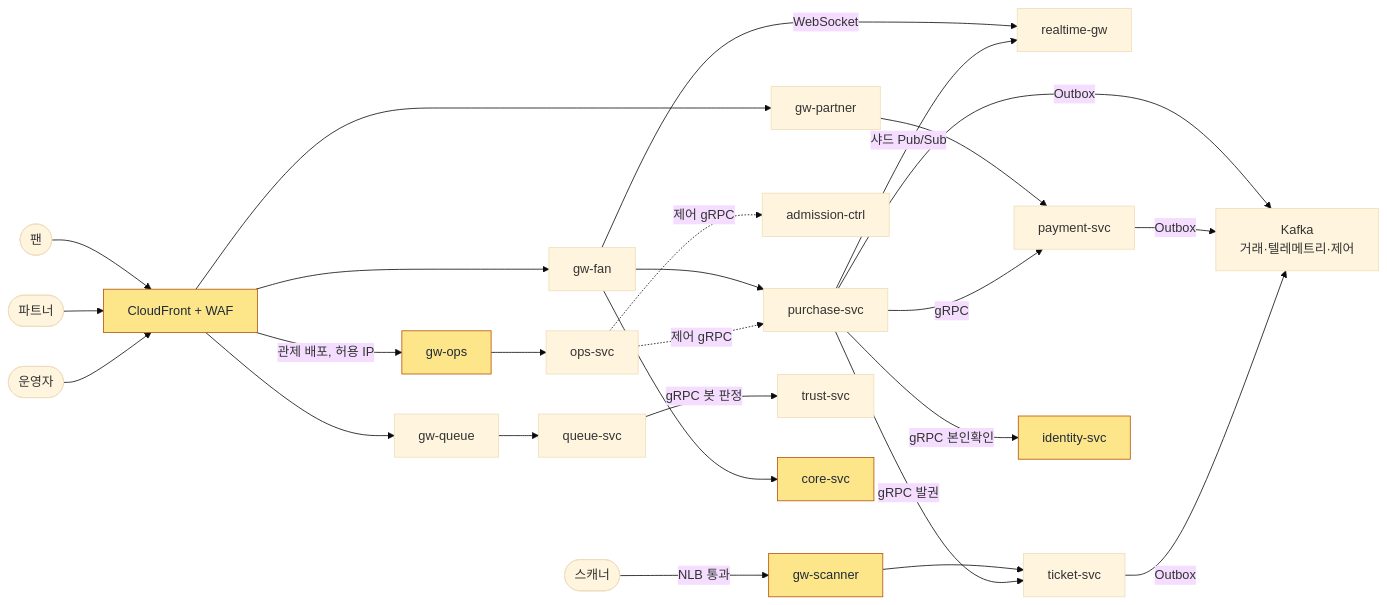
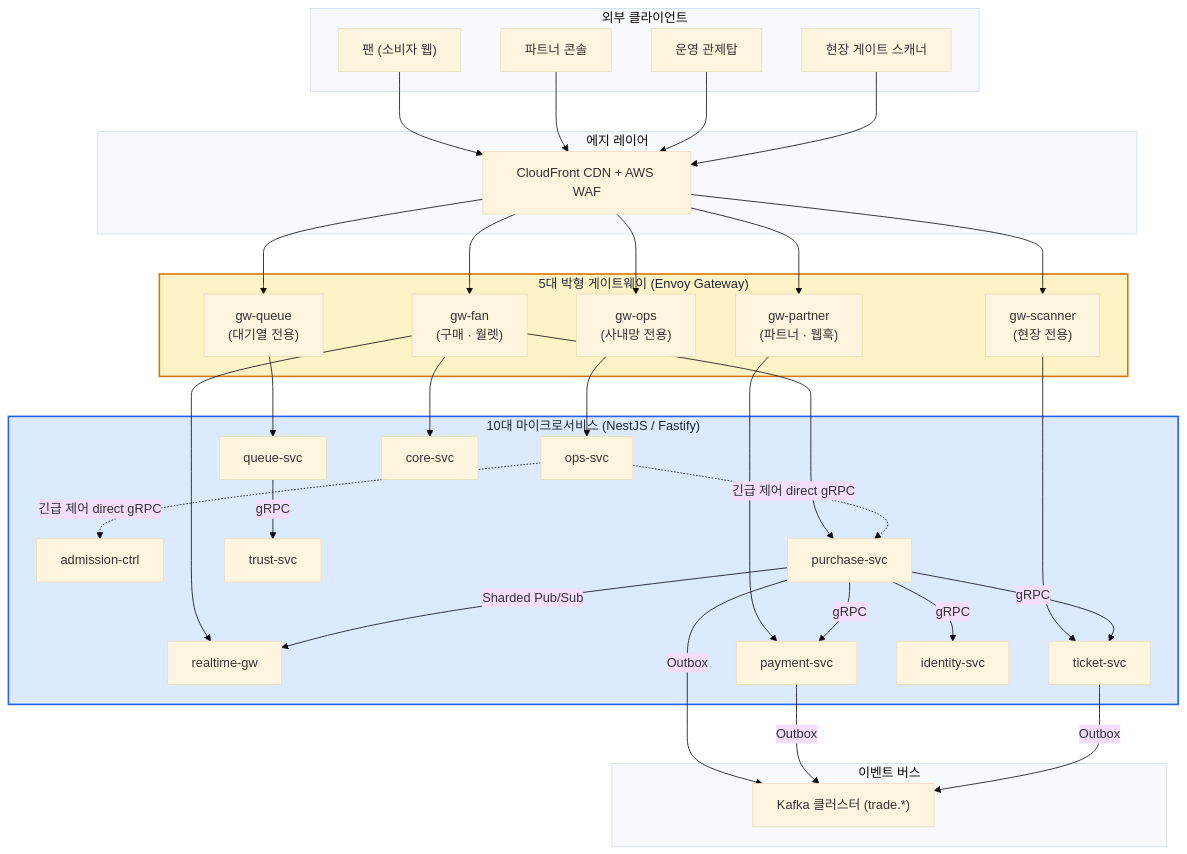
One commit to peaket/peaket changed diagram 11 of 18 in docs/walkthrough/01-system-design.md. Above: the diagram before and after it, drawn with Mermaid (base theme). The commit also changed other lines of this file and 77 other files, not shown here.

````diff
--- a/docs/walkthrough/01-system-design.md
+++ b/docs/walkthrough/01-system-design.md
@@ -916,50 +1413,75 @@
 ```mermaid
-flowchart LR
-    fan(["팬"])
-    partner(["파트너"])
-    opsu(["운영자"])
-    scanner(["스캐너"])
-    edge["CloudFront + WAF"]:::new
-    gwq["gw-queue"]
-    gwf["gw-fan"]
-    gwp["gw-partner"]
-    gwo["gw-ops"]:::new
-    gws["gw-scanner"]:::new
-    qsvc["queue-svc"]
-    adm["admission-ctrl"]
-    pur["purchase-svc"]
-    rgw["realtime-gw"]
-    pay["payment-svc"]
-    tkt["ticket-svc"]
-    idn["identity-svc"]:::new
-    trust["trust-svc"]
-    opsv["ops-svc"]
-    core["core-svc"]:::new
-    kafka["Kafka<br/>거래·텔레메트리·제어"]
-    fan --> edge
-    partner --> edge
-    edge --> gwq
-    edge --> gwf
-    edge --> gwp
-    opsu --> edge
-    edge -->|"관제 배포, 허용 IP"| gwo
-    scanner -->|"NLB 통과"| gws
+flowchart TD
+    subgraph Clients["외부 클라이언트"]
+        fanApp["팬 (소비자 웹)"]
+        partnerApp["파트너 콘솔"]
+        opsApp["운영 관제탑"]
+        scannerApp["현장 게이트 스캐너"]
+    end
+
+    subgraph EdgeLayer["에지 레이어"]
+        cf["CloudFront CDN + AWS WAF"]
+    end
+
+    subgraph Gateways["5대 박형 게이트웨이 (Envoy Gateway)"]
+        gwq["gw-queue<br/>(대기열 전용)"]
+        gwf["gw-fan<br/>(구매 · 월렛)"]
+        gwp["gw-partner<br/>(파트너 · 웹훅)"]
+        gwo["gw-ops<br/>(사내망 전용)"]
+        gws["gw-scanner<br/>(현장 전용)"]
+    end
+
+    subgraph Services["10대 마이크로서비스 (NestJS / Fastify)"]
+        qsvc["queue-svc"]
+        adm["admission-ctrl"]
+        pur["purchase-svc"]
+        rgw["realtime-gw"]
+        pay["payment-svc"]
+        tkt["ticket-svc"]
+        idn["identity-svc"]
+        trust["trust-svc"]
+        opsv["ops-svc"]
+        core["core-svc"]
+    end
+
+    subgraph MessageBus["이벤트 버스"]
+        kafka["Kafka 클러스터 (trade.*)"]
+    end
+
+    fanApp --> cf
+    partnerApp --> cf
+    opsApp --> cf
+    scannerApp --> cf
+
+    cf --> gwq
+    cf --> gwf
+    cf --> gwp
+    cf --> gwo
+    cf --> gws
+
     gwq --> qsvc
     gwf --> pur
-    gwf -->|"WebSocket"| rgw
+    gwf --> rgw
     gwf --> core
     gwp --> pay
     gwo --> opsv
     gws --> tkt
-    qsvc -->|"gRPC 봇 판정"| trust
+
+    qsvc -->|"gRPC"| trust
     pur -->|"gRPC"| pay
-    pur -->|"gRPC 발권"| tkt
-    pur -->|"gRPC 본인확인"| idn
-    pur -->|"샤드 Pub/Sub"| rgw
-    opsv -.->|"제어 gRPC"| adm
-    opsv -.->|"제어 gRPC"| pur
+    pur -->|"gRPC"| tkt
+    pur -->|"gRPC"| idn
+    pur -->|"Sharded Pub/Sub"| rgw
+
     pur -->|"Outbox"| kafka
     pay -->|"Outbox"| kafka
     tkt -->|"Outbox"| kafka
-    classDef new fill:#fde68a,stroke:#b45309,color:#1f2937
+
+    opsv -.->|"긴급 제어 direct gRPC"| adm
+    opsv -.->|"긴급 제어 direct gRPC"| pur
+
+    classDef gw fill:#fef3c7,stroke:#d97706,stroke-width:2px,color:#1f2937
+    classDef svc fill:#dbeafe,stroke:#2563eb,stroke-width:2px,color:#1f2937
+    class Gateways gw
+    class Services svc
 ```
````
